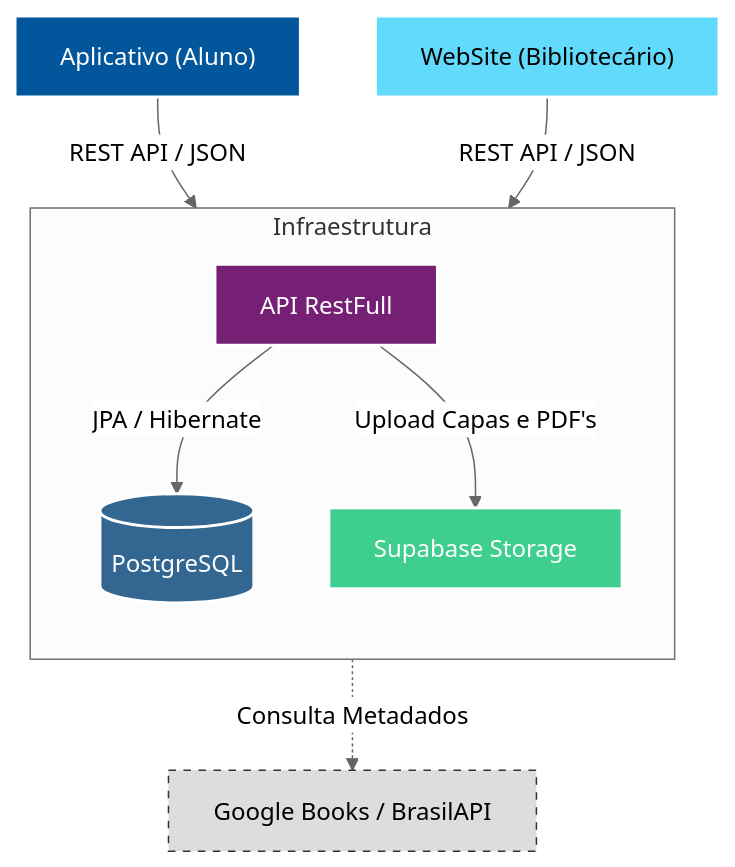
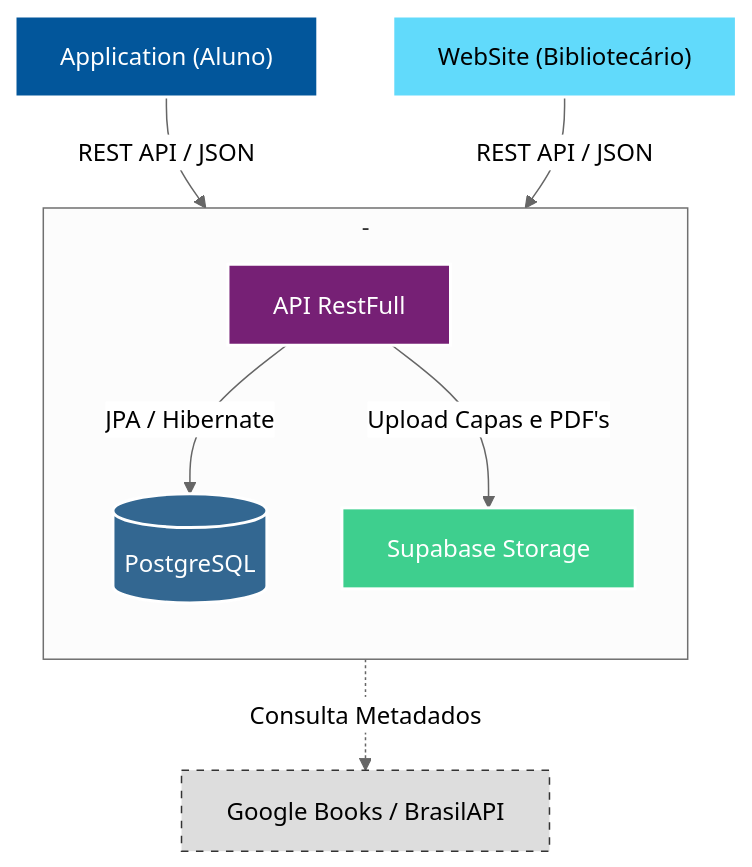
One commit to TCC-DS-2025/.github changed the diagram in profile/README.md. Above: the diagram before and after it, drawn with Mermaid (neutral theme). The commit also changed other lines of this file, not shown here.

````diff
--- a/profile/README.md
+++ b/profile/README.md
@@ -33,28 +33,28 @@
 ```mermaid
 flowchart TD
     classDef mobile fill:#02569B,stroke:#fff,stroke-width:2px,color:#fff;
     classDef web fill:#61DAFB,stroke:#fff,stroke-width:2px,color:#000;
     classDef api fill:#762075,stroke:#fff,stroke-width:2px,color:#fff;
     classDef db fill:#336791,stroke:#fff,stroke-width:2px,color:#fff;
     classDef storage fill:#3ECF8E,stroke:#fff,stroke-width:2px,color:#fff;
     classDef external fill:#ddd,stroke:#333,stroke-width:1px,color:#000,stroke-dasharray: 5 5;
 
-    UserMobile["Aplicativo (Aluno)"]:::mobile
+    UserMobile["Application (Aluno)"]:::mobile
     UserWeb["WebSite (Bibliotecário)"]:::web
     
-    subgraph Cloud["Infraestrutura"]
+    subgraph Cloud["-"]
         direction TB
         API["API RestFull"]:::api
         DB[("PostgreSQL")]:::db
         Storage["Supabase Storage"]:::storage
     end
     
     External["Google Books / BrasilAPI"]:::external
 
     UserMobile -->|REST API / JSON| API
     UserWeb -->|REST API / JSON| API
     
     API -->|JPA / Hibernate| DB
     API -->|Upload Capas e PDF's| Storage
     API -.->|Consulta Metadados| External
 ```
````
